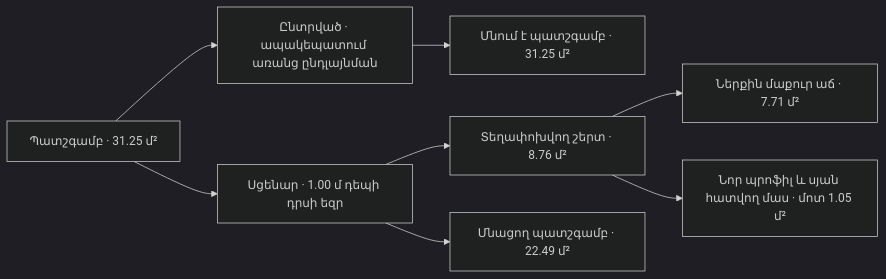
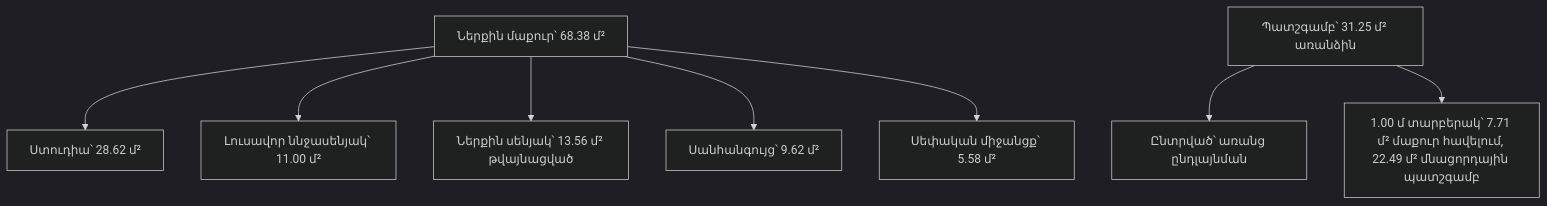
One commit to gourgen-grigoryan/apartment-replanning-2026 changed the fourth of 4 diagrams in docs/DIAGRAMS.md. Above: the diagram before and after it, drawn with Mermaid (dark theme). The commit also changed other lines of this file and 23 other files, not shown here.

````diff
--- a/docs/DIAGRAMS.md
+++ b/docs/DIAGRAMS.md
@@ -63,10 +60,10 @@
 ```mermaid
-flowchart LR
-    Bal["Պատշգամբ · 31.25 մ²"] --> No["Ընտրված · ապակեպատում առանց ընդլայնման"]
-    No --> All["Մնում է պատշգամբ · 31.25 մ²"]
-    Bal --> One["Սցենար · 1.00 մ դեպի դրսի եզր"]
-    One --> Slice["Տեղափոխվող շերտ · 8.76 մ²"]
-    One --> Left["Մնացող պատշգամբ · 22.49 մ²"]
-    Slice --> Gain["Ներքին մաքուր աճ · 7.71 մ²"]
-    Slice --> Frame["Նոր պրոֆիլ և սյան հատվող մաս · մոտ 1.05 մ²"]
+flowchart TD
+    TOTAL["Ներքին մաքուր՝ 68.38 մ²"] --> ST["Ստուդիա՝ 28.62 մ²"]
+    TOTAL --> B1["Լուսավոր ննջասենյակ՝ 11.00 մ²"]
+    TOTAL --> B2["Ներքին սենյակ՝ 13.56 մ² թվայնացված"]
+    TOTAL --> BA["Սանհանգույց՝ 9.62 մ²"]
+    TOTAL --> H["Սեփական միջանցք՝ 5.58 մ²"]
+    BAL["Պատշգամբ՝ 31.25 մ² առանձին"] --> FULL["Ընտրված՝ առանց ընդլայնման"]
+    BAL --> EXT["1.00 մ տարբերակ՝ 7.71 մ² մաքուր հավելում, 22.49 մ² մնացորդային պատշգամբ"]
 ```
````
